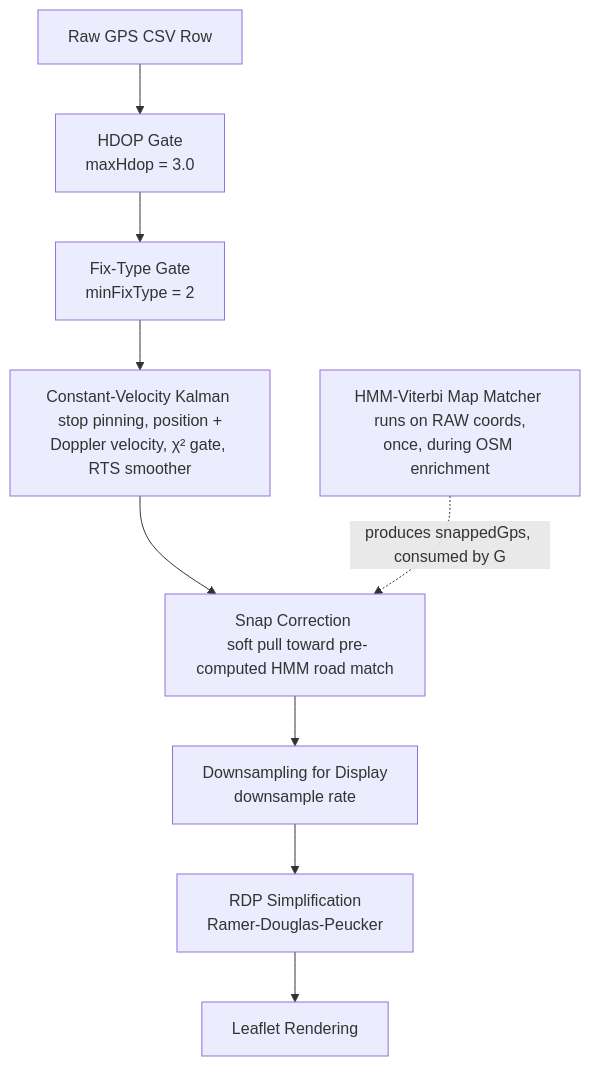
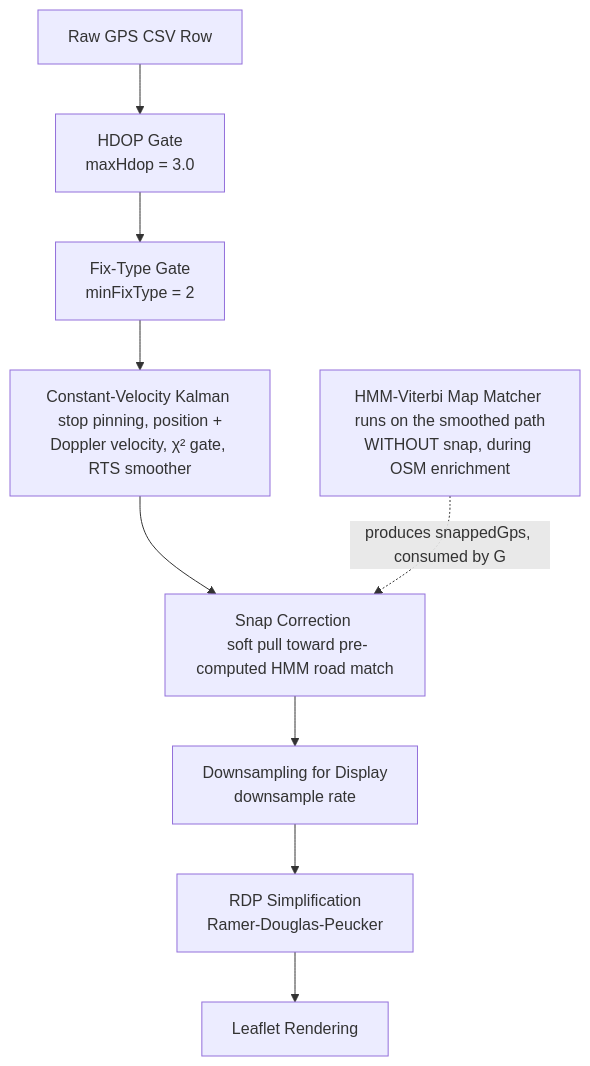
One commit to Softhook/BioMapping changed the diagram in docs/gps_filtering_pipeline.md. Above: the diagram before and after it, drawn with Mermaid. The commit also changed other lines of this file and 8 other files, not shown here.

````diff
--- a/docs/gps_filtering_pipeline.md
+++ b/docs/gps_filtering_pipeline.md
@@ -24,12 +24,12 @@
 ```mermaid
 graph TD
     A[Raw GPS CSV Row] --> B[HDOP Gate <br/> maxHdop = 3.0]
     B --> C[Fix-Type Gate <br/> minFixType = 2]
     C --> CV[Constant-Velocity Kalman <br/> stop pinning, position + Doppler velocity, χ² gate, RTS smoother]
     CV --> G[Snap Correction <br/> soft pull toward pre-computed HMM road match]
     G --> J[Downsampling for Display <br/> downsample rate]
     J --> K[RDP Simplification <br/> Ramer-Douglas-Peucker]
     K --> L[Leaflet Rendering]
 
-    M[HMM-Viterbi Map Matcher <br/> runs on RAW coords, once, during OSM enrichment] -.->|produces snappedGps, consumed by G| G
+    M[HMM-Viterbi Map Matcher <br/> runs on the smoothed path WITHOUT snap, during OSM enrichment] -.->|produces snappedGps, consumed by G| G
 ```
````
